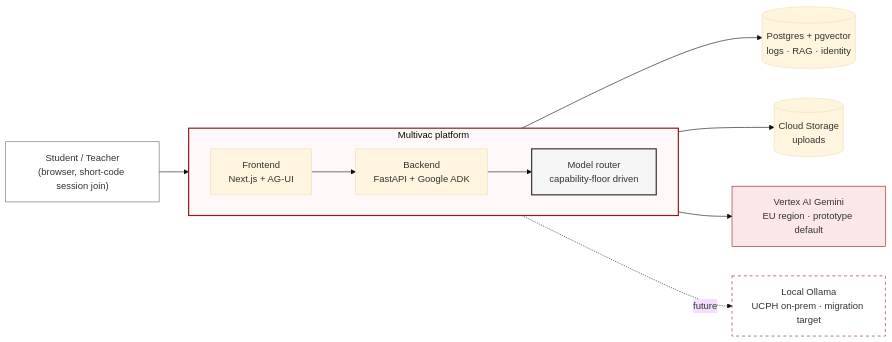
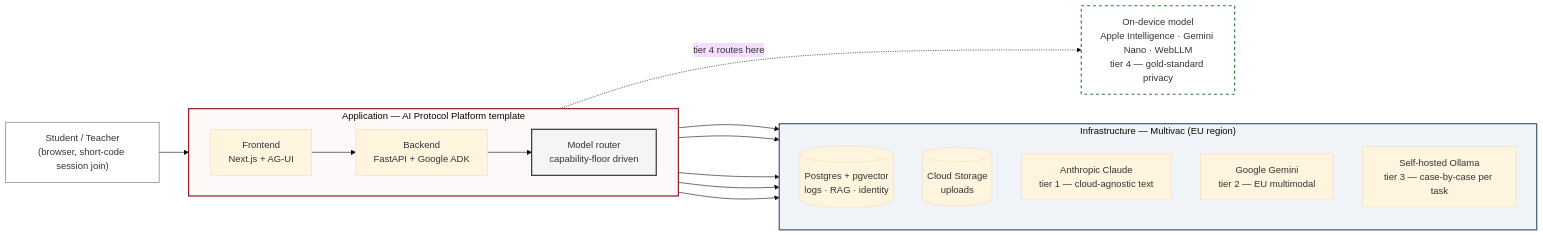
Before and after one commit to sunholo-data/aipla: the first of 2 diagrams in architecture.qmd, drawn with Mermaid (base theme). The commit also changed other lines of this file and 1 other file, not shown here.

First line of the commit message:
Refine platform layering and model-tier strategy

````diff
--- a/architecture.qmd
+++ b/architecture.qmd
@@ -16,30 +19,37 @@
 ```{mermaid}
 flowchart LR
     User["Student / Teacher<br/>(browser, short-code session join)"]
+    OnDevice["On-device model<br/>Apple Intelligence · Gemini Nano · WebLLM<br/>tier 4 — gold-standard privacy"]
 
-    subgraph Multivac["Multivac platform"]
+    subgraph Platform["Application — AI Protocol Platform template"]
         direction LR
         Front["Frontend<br/>Next.js + AG-UI"]
         Back["Backend<br/>FastAPI + Google ADK"]
         Router["Model router<br/>capability-floor driven"]
     end
 
-    DB[("Postgres + pgvector<br/>logs · RAG · identity")]
-    Storage[("Cloud Storage<br/>uploads")]
-    Vertex["Vertex AI Gemini<br/>EU region · prototype default"]
-    Ollama["Local Ollama<br/>UCPH on-prem · migration target"]
+    subgraph Multivac["Infrastructure — Multivac (EU region)"]
+        direction TB
+        DB[("Postgres + pgvector<br/>logs · RAG · identity")]
+        Storage[("Cloud Storage<br/>uploads")]
+        Claude["Anthropic Claude<br/>tier 1 — cloud-agnostic text"]
+        Gemini["Google Gemini<br/>tier 2 — EU multimodal"]
+        Ollama["Self-hosted Ollama<br/>tier 3 — case-by-case per task"]
+    end
 
     User --> Front
+    Front -.tier 4 routes here.-> OnDevice
     Front --> Back
     Back --> DB
     Back --> Storage
     Back --> Router
-    Router --> Vertex
-    Router -.future.-> Ollama
+    Router --> Claude
+    Router --> Gemini
+    Router --> Ollama
 
     style User fill:#fff,stroke:#666
-    style Multivac fill:#fff8f8,stroke:#901a1e,stroke-width:2px
-    style Vertex fill:#fce7e8,stroke:#901a1e
-    style Ollama fill:#fff,stroke:#901a1e,stroke-dasharray:5
+    style OnDevice fill:#fff,stroke:#2d7d3a,stroke-width:2px,stroke-dasharray:5
+    style Platform fill:#fff8f8,stroke:#901a1e,stroke-width:2px
+    style Multivac fill:#f0f4f8,stroke:#3a5a7a,stroke-width:2px
     style Router fill:#f5f5f5,stroke:#333,stroke-width:2px
 ```
````
